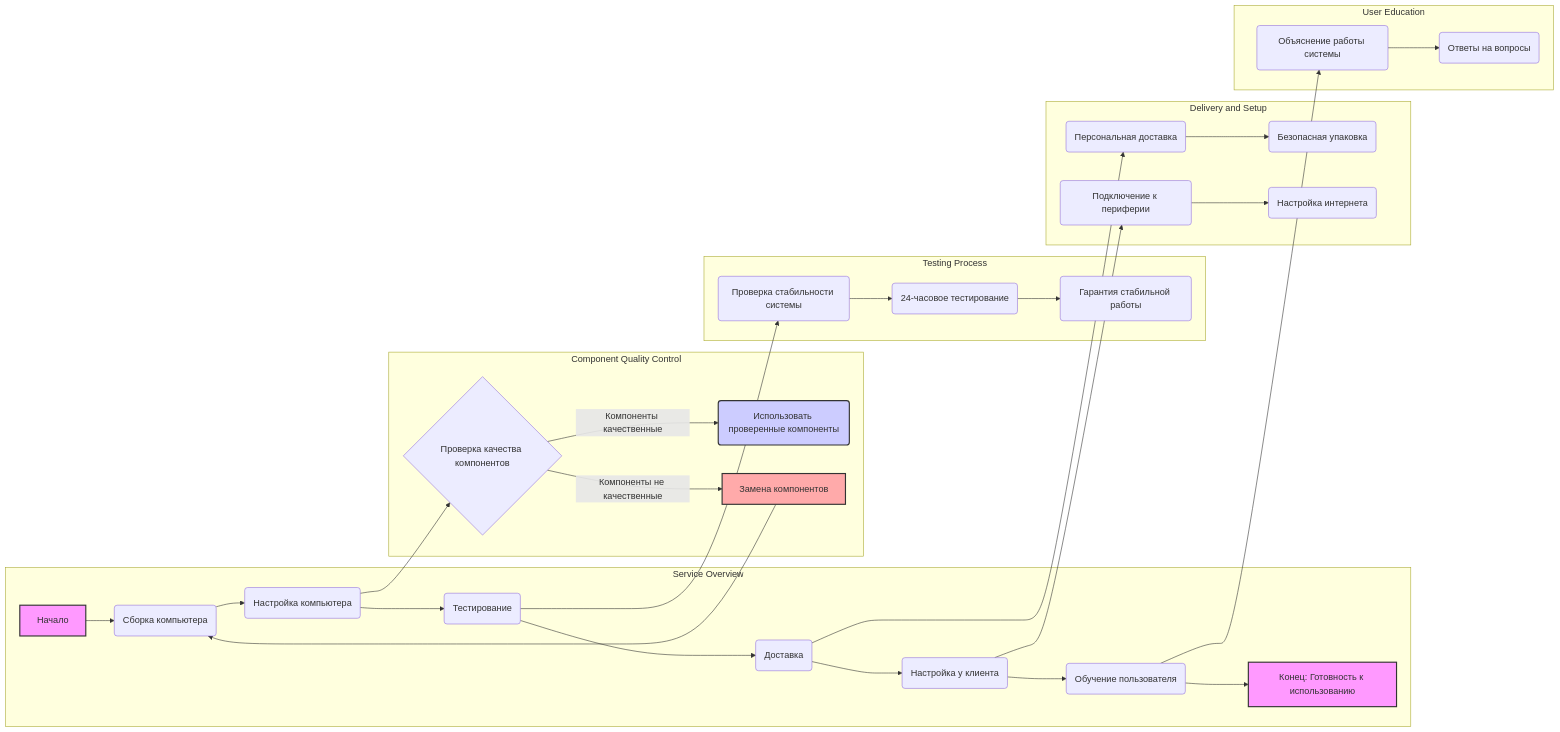
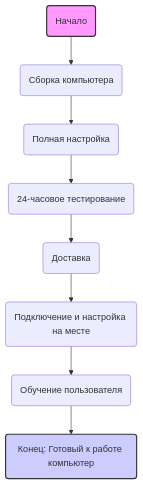
Before and after one commit to hypo69/hypo: the diagram in docs/gemini/ru/explainer/src/endpoints/kazarinov/pricelist_generator/templates/service_as_product_he.html.md, drawn with Mermaid. The commit also changed other lines of this file and 98 other files, not shown here.

````diff
--- a/docs/gemini/ru/explainer/src/endpoints/kazarinov/pricelist_generator/templates/service_as_product_he.html.md
+++ b/docs/gemini/ru/explainer/src/endpoints/kazarinov/pricelist_generator/templates/service_as_product_he.html.md
@@ -44,46 +32,13 @@
 ```mermaid
-graph LR
-    subgraph Service Overview
-        A[Начало] --> B(Сборка компьютера);
-        B --> C(Настройка компьютера);
-        C --> D(Тестирование);
-        D --> E(Доставка);
-        E --> F(Настройка у клиента);
-        F --> G(Обучение пользователя);
-        G --> H[Конец: Готовность к использованию];
-    end
-    
-    style A fill:#f9f,stroke:#333,stroke-width:2px
-    style H fill:#f9f,stroke:#333,stroke-width:2px
-    
-    subgraph Component Quality Control
-        C --> I{Проверка качества компонентов};
-        I -- "Компоненты качественные" --> J(Использовать проверенные компоненты);
-         I -- "Компоненты не качественные" --> K[Замена компонентов];
-         K --> B;
-       
-    end
-     style K fill:#faa,stroke:#333,stroke-width:2px
+flowchart TD
+    Start(Начало) --> Assembly(Сборка компьютера)
+    Assembly --> Setup(Полная настройка)
+    Setup --> Testing(24-часовое тестирование)
+    Testing --> Delivery(Доставка)
+    Delivery --> ConnectAndSetup(Подключение и настройка на месте)
+    ConnectAndSetup --> UserTraining(Обучение пользователя)
+    UserTraining --> End(Конец: Готовый к работе компьютер)
 
-    subgraph Testing Process
-        D --> L(Проверка стабильности системы);
-        L --> M(24-часовое тестирование);
-         M --> N(Гарантия стабильной работы);
-    end
-    
-   subgraph Delivery and Setup
-        E --> O(Персональная доставка);
-         O --> P(Безопасная упаковка);
-        F --> Q(Подключение к периферии);
-       Q --> R(Настройка интернета);
-    end
-  subgraph User Education
-       G --> S(Объяснение работы системы);
-        S --> T(Ответы на вопросы);
-    end
-    
-     style J fill:#ccf,stroke:#333,stroke-width:2px
-
-    linkStyle default stroke:#333,stroke-width:1px;
-
+    style Start fill:#f9f,stroke:#333,stroke-width:2px
+    style End fill:#ccf,stroke:#333,stroke-width:2px
 ```
````
